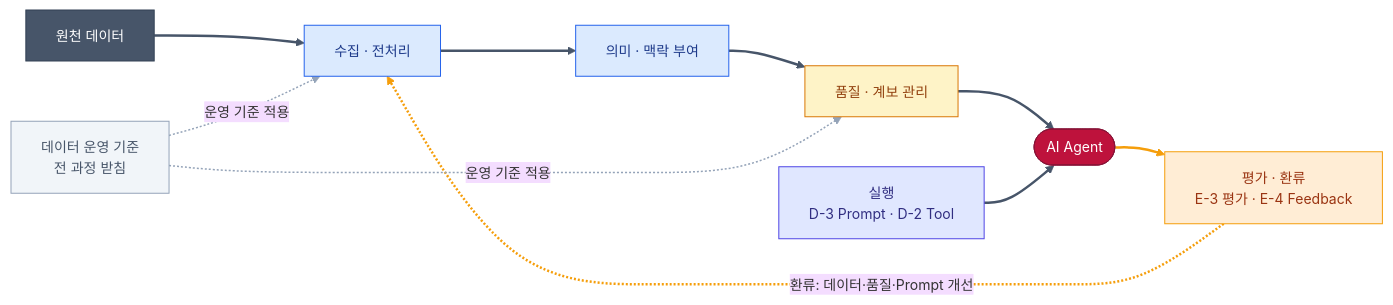
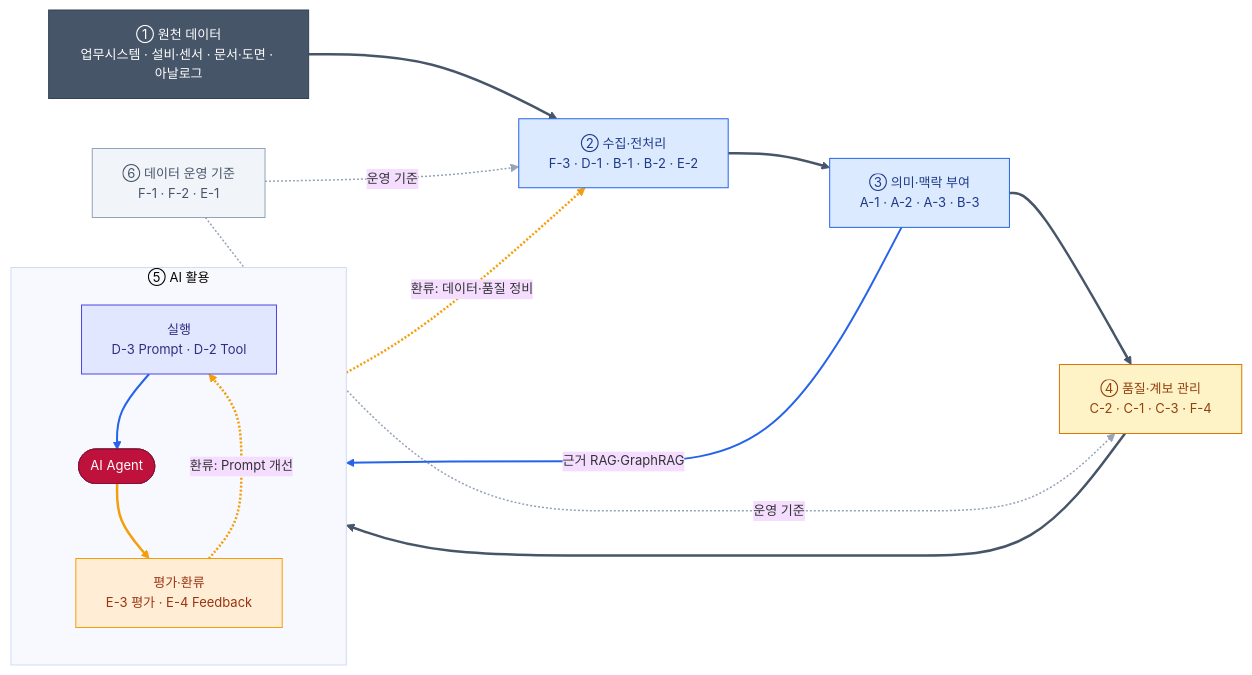
One commit to jin-kearney/ai-ready-data-manual changed the first of 8 diagrams in 전체 목차/00 전체 목차 (20개 주제).md. Above: the diagram before and after it, drawn with Mermaid. The commit also changed other lines of this file, not shown here.

Commit message:
feat(00): §1 큰 그림을 '영역+코드' 관계도로 (모든 영역이 자기 코드 표기)
피드백: AI Agent 영역만 코드(D-3·E-3)가 보이고 나머지는 안 보였음. 큰 영역 그림이되
모든 영역이 자기 가이드 코드를 보이고 영역끼리 엮임이 보이게.

- 각 영역 박스에 코드 표기: ① 원천 / ② 수집·전처리(F-3·D-1·B-1·B-2·E-2) /
  ③ 의미·맥락(A-1·A-2·A-3·B-3) / ④ 품질·계보(C-2·C-1·C-3·F-4) /
  ⑤ AI 활용(실행 D-3·D-2 → AI Agent → 평가 E-3·E-4) / ⑥ 운영 기준(F-1·F-2·E-1)
- 관계: 메인 흐름 + ③ 의미·맥락→AI 근거(RAG) + 평가·환류(→데이터·품질·Prompt) +
  운영 기준 점선 받침. 컬러 링크로 흐름 종류 구분

````diff
--- a/전체 목차/00 전체 목차 (20개 주제).md
+++ b/전체 목차/00 전체 목차 (20개 주제).md
@@ -19,30 +19,36 @@
 ```mermaid
-%%{init: {'theme':'base','themeVariables':{'fontSize':'14px','fontFamily':'Malgun Gothic, Apple SD Gothic Neo, sans-serif'}}}%%
+%%{init: {'theme':'base','themeVariables':{'fontSize':'13px','fontFamily':'Malgun Gothic, Apple SD Gothic Neo, sans-serif'}}}%%
 flowchart LR
-  SRC["원천 데이터"]:::src
-  ING["수집 · 전처리"]:::n
-  MEAN["의미 · 맥락 부여"]:::n
-  QUAL["품질 · 계보 관리"]:::gate
-  AI(["AI Agent"]):::ai
-  EXEC["실행<br/>D-3 Prompt · D-2 Tool"]:::act
-  EVAL["평가 · 환류<br/>E-3 평가 · E-4 Feedback"]:::loop
-  OPS["데이터 운영 기준<br/>전 과정 받침"]:::base
+  SRC["① 원천 데이터<br/>업무시스템 · 설비·센서 · 문서·도면 · 아날로그"]:::src
+  ING["② 수집·전처리<br/>F-3 · D-1 · B-1 · B-2 · E-2"]:::n
+  MEAN["③ 의미·맥락 부여<br/>A-1 · A-2 · A-3 · B-3"]:::n
+  QUAL["④ 품질·계보 관리<br/>C-2 · C-1 · C-3 · F-4"]:::gate
+  subgraph USE["⑤ AI 활용"]
+    direction TB
+    EXEC["실행<br/>D-3 Prompt · D-2 Tool"]:::act
+    AI(["AI Agent"]):::ai
+    EVAL["평가·환류<br/>E-3 평가 · E-4 Feedback"]:::loop
+    EXEC ==> AI
+    AI ==> EVAL
+  end
+  OPS["⑥ 데이터 운영 기준<br/>F-1 · F-2 · E-1"]:::base
 
   SRC ==> ING ==> MEAN ==> QUAL ==> AI
-  EXEC ==> AI
-  AI ==> EVAL
-  EVAL -. 환류: 데이터·품질·Prompt 개선 .-> ING
-  OPS -. 운영 기준 적용 .-> ING
-  OPS -. 운영 기준 적용 .-> QUAL
+  MEAN -->|근거 RAG·GraphRAG| AI
+  EVAL -. 환류: 데이터·품질 정비 .-> ING
+  EVAL -. 환류: Prompt 개선 .-> EXEC
+  OPS -. 운영 기준 .-> ING
+  OPS -. 운영 기준 .-> QUAL
 
   classDef src fill:#475569,stroke:#334155,color:#fff;
   classDef n fill:#dbeafe,stroke:#2563eb,color:#1e3a8a;
   classDef gate fill:#fef3c7,stroke:#d97706,color:#92400e;
   classDef ai fill:#be123c,stroke:#881337,color:#fff;
   classDef act fill:#e0e7ff,stroke:#4f46e5,color:#312e81;
   classDef loop fill:#ffedd5,stroke:#f59e0b,color:#9a3412;
   classDef base fill:#f1f5f9,stroke:#94a3b8,color:#475569;
-  linkStyle 0,1,2,3,4 stroke:#475569,stroke-width:2.5px;
-  linkStyle 5,6 stroke:#f59e0b,stroke-width:2.5px;
-  linkStyle 7,8 stroke:#94a3b8,stroke-width:1.5px;
+  linkStyle 2,3,4,5 stroke:#475569,stroke-width:2.5px;
+  linkStyle 0,6 stroke:#2563eb,stroke-width:2px;
+  linkStyle 1,7,8 stroke:#f59e0b,stroke-width:2.5px;
+  linkStyle 9,10 stroke:#94a3b8,stroke-width:1.5px;
 ```
````
